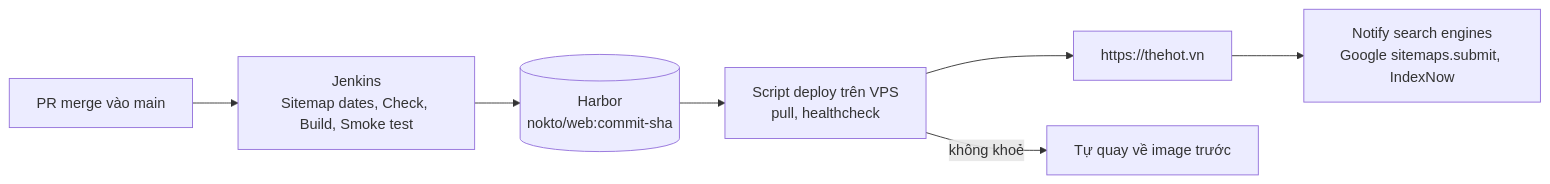
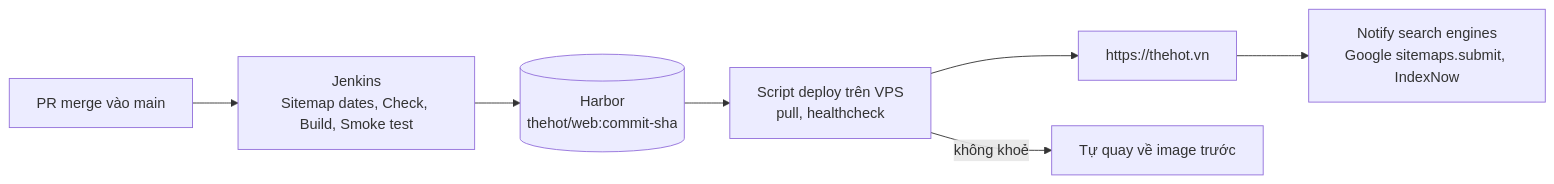
One commit to qkenn04/nokto-clone-v2 changed the diagram in docs/ops/deployment.md. Above: the diagram before and after it, drawn with Mermaid. The commit also changed other lines of this file and 17 other files, not shown here.

````diff
--- a/docs/ops/deployment.md
+++ b/docs/ops/deployment.md
@@ -24,9 +26,9 @@
 ```mermaid
 flowchart LR
   pr["PR merge vào main"] --> jenkins["Jenkins<br/>Sitemap dates, Check, Build, Smoke test"]
-  jenkins --> harbor[("Harbor<br/>nokto/web:commit-sha")]
+  jenkins --> harbor[("Harbor<br/>thehot/web:commit-sha")]
   harbor --> deploy["Script deploy trên VPS<br/>pull, healthcheck"]
   deploy --> run["https://thehot.vn"]
   deploy -->|"không khoẻ"| back["Tự quay về image trước"]
   run --> notify["Notify search engines<br/>Google sitemaps.submit, IndexNow"]
 ```
````
